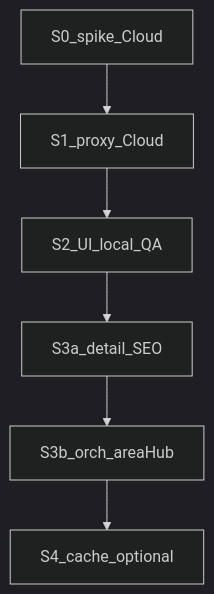
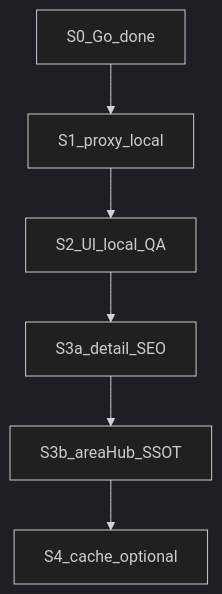
The diagram in plans/korea-festival-hub-plan.md (catgeot/Days), drawn with Mermaid (dark theme) before and after one commit. The commit also changed other lines of this file and 3 other files, not shown here.

````diff
--- a/plans/korea-festival-hub-plan.md
+++ b/plans/korea-festival-hub-plan.md
@@ -182,8 +26,8 @@
 ```mermaid
 flowchart TD
-  S0[S0_spike_Cloud] --> S1[S1_proxy_Cloud]
+  doneS0[S0_Go_done] --> S1[S1_proxy_local]
   S1 --> S2[S2_UI_local_QA]
   S2 --> S3a[S3a_detail_SEO]
-  S3a --> S3b[S3b_orch_areaHub]
+  S3a --> S3b[S3b_areaHub_SSOT]
   S3b --> S4[S4_cache_optional]
 ```
````
